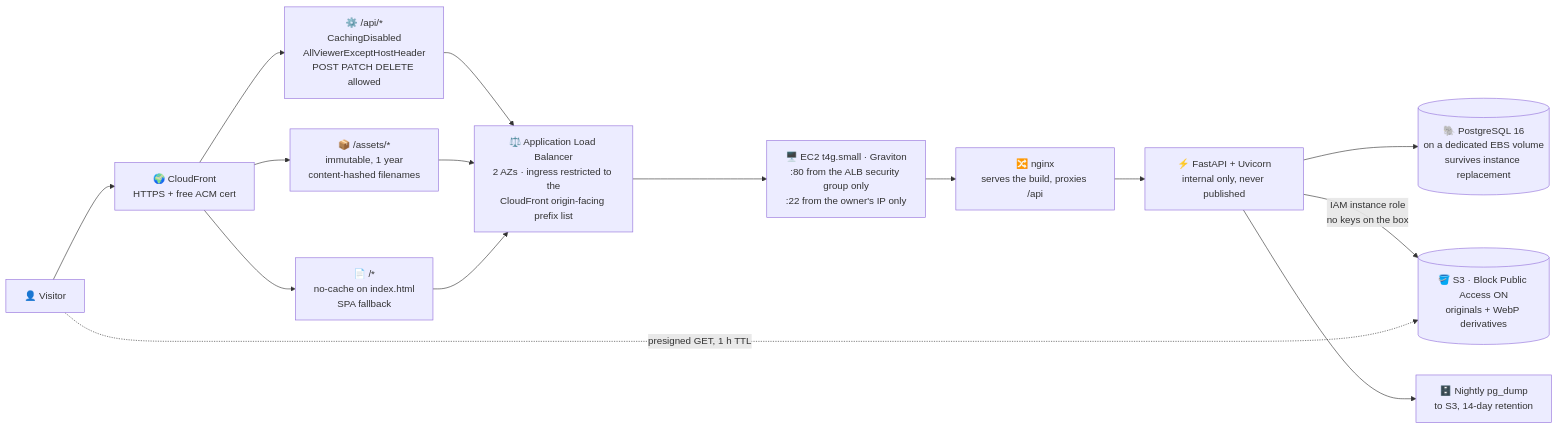
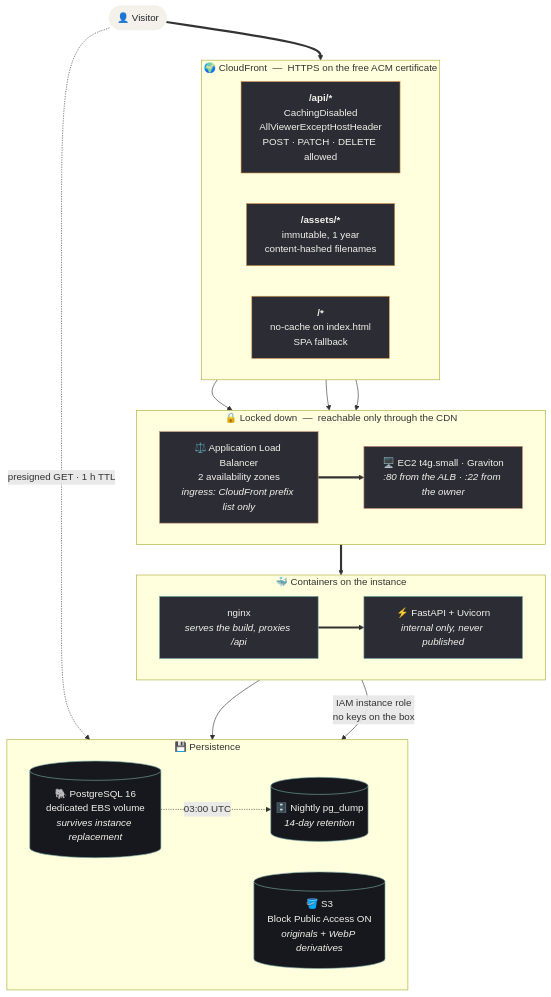
Before and after one commit to sylvrs-celeste/dreamDraw: the diagram in README.md, drawn with Mermaid.

Commit message:
Restructure the architecture diagram with subgraphs
The single left-to-right chain rendered wider than GitHub's column, so
the storage nodes sat behind the zoom controls. Grouping into layers
makes it 1027px wide instead of 1768.

````diff
--- a/README.md
+++ b/README.md
@@ -32,28 +32,50 @@
 ```mermaid
-graph LR
+graph TD
+    V(["👤 Visitor"])
 
-  %% ============= ENTRY =============
-  U[👤 Visitor] --> CF[🌍 CloudFront<br/>HTTPS + free ACM cert]
+    subgraph EDGE ["🌍 CloudFront &nbsp;&mdash;&nbsp; HTTPS on the free ACM certificate"]
+        direction LR
+        API_B["<b>/api/*</b><br/>CachingDisabled<br/>AllViewerExceptHostHeader<br/>POST · PATCH · DELETE allowed"]
+        AST_B["<b>/assets/*</b><br/>immutable, 1 year<br/>content-hashed filenames"]
+        APP_B["<b>/*</b><br/>no-cache on index.html<br/>SPA fallback"]
+    end
 
-  %% ============= EDGE BEHAVIOURS =============
-  CF --> B1[⚙️ /api/*<br/>CachingDisabled<br/>AllViewerExceptHostHeader<br/>POST PATCH DELETE allowed]
-  CF --> B2[📦 /assets/*<br/>immutable, 1 year<br/>content-hashed filenames]
-  CF --> B3[📄 /*<br/>no-cache on index.html<br/>SPA fallback]
+    subgraph NET ["🔒 Locked down &nbsp;&mdash;&nbsp; reachable only through the CDN"]
+        direction LR
+        ALB["⚖️ Application Load Balancer<br/>2 availability zones<br/><i>ingress: CloudFront prefix list only</i>"]
+        EC2["🖥️ EC2 t4g.small · Graviton<br/><i>:80 from the ALB · :22 from the owner</i>"]
+    end
 
-  %% ============= NETWORK LOCKDOWN =============
-  B1 --> ALB[⚖️ Application Load Balancer<br/>2 AZs · ingress restricted to the<br/>CloudFront origin-facing prefix list]
-  B2 --> ALB
-  B3 --> ALB
+    subgraph HOST ["🐳 Containers on the instance"]
+        direction LR
+        WEB["nginx<br/><i>serves the build, proxies /api</i>"]
+        API["⚡ FastAPI + Uvicorn<br/><i>internal only, never published</i>"]
+    end
 
-  ALB --> EC2[🖥️ EC2 t4g.small · Graviton<br/>:80 from the ALB security group only<br/>:22 from the owner's IP only]
+    subgraph DATA ["💾 Persistence"]
+        direction LR
+        DB[("🐘 PostgreSQL 16<br/>dedicated EBS volume<br/><i>survives instance replacement</i>")]
+        S3[("🪣 S3<br/>Block Public Access ON<br/><i>originals + WebP derivatives</i>")]
+        BAK[("🗄️ Nightly pg_dump<br/><i>14-day retention</i>")]
+    end
 
-  %% ============= CONTAINERS =============
-  EC2 --> WEB[🔀 nginx<br/>serves the build, proxies /api]
-  WEB --> API[⚡ FastAPI + Uvicorn<br/>internal only, never published]
-  API --> DB[(🐘 PostgreSQL 16<br/>on a dedicated EBS volume<br/>survives instance replacement)]
+    V ==> EDGE
+    API_B & AST_B & APP_B --> ALB
+    ALB ==> EC2 ==> WEB ==> API
+    API --> DB
+    API -->|"IAM instance role<br/>no keys on the box"| S3
+    DB -.->|"03:00 UTC"| BAK
+    V -. "presigned GET · 1 h TTL" .-> S3
 
-  %% ============= STORAGE =============
-  API -->|IAM instance role<br/>no keys on the box| S3[(🪣 S3 · Block Public Access ON<br/>originals + WebP derivatives)]
-  U -.->|presigned GET, 1 h TTL| S3
-  API --> BAK[🗄️ Nightly pg_dump<br/>to S3, 14-day retention]
+    classDef edge fill:#2b2c34,stroke:#d99a4e,stroke-width:1px,color:#f4f1ea
+    classDef net fill:#2b2c34,stroke:#cd957c,stroke-width:1px,color:#f4f1ea
+    classDef host fill:#2b2c34,stroke:#7aaba8,stroke-width:1px,color:#f4f1ea
+    classDef data fill:#17181d,stroke:#7aaba8,stroke-width:1px,color:#f4f1ea
+    classDef visitor fill:#f4f1ea,stroke:#f4f1ea,color:#22232a
+
+    class API_B,AST_B,APP_B edge
+    class ALB,EC2 net
+    class WEB,API host
+    class DB,S3,BAK data
+    class V visitor
 ```
````
